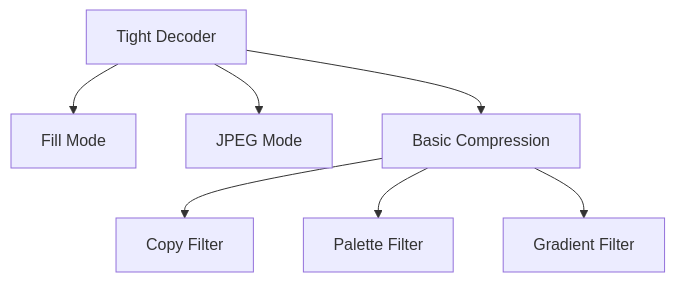
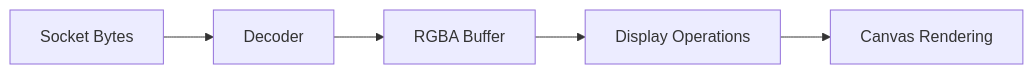
The diagram in docs/diagrams/architecture/decoders-5.mmd (Ylianst/MeshCentral), drawn with Mermaid before and after one commit. The commit also changed 642 other files, not shown here.

```diff
--- a/docs/diagrams/architecture/decoders-5.mmd
+++ b/docs/diagrams/architecture/decoders-5.mmd
@@ -1,7 +1,5 @@
-flowchart TD
-    Tight["Tight Decoder"] --> Fill["Fill Mode"]
-    Tight --> JPEG["JPEG Mode"]
-    Tight --> Basic["Basic Compression"]
-    Basic --> Copy["Copy Filter"]
-    Basic --> Palette["Palette Filter"]
-    Basic --> Gradient["Gradient Filter"]
+flowchart LR
+    Socket["Socket Bytes"] --> Parser["Decoder"]
+    Parser --> RGBA["RGBA Buffer"]
+    RGBA --> DisplayOps["Display Operations"]
+    DisplayOps --> Canvas["Canvas Rendering"]
```
